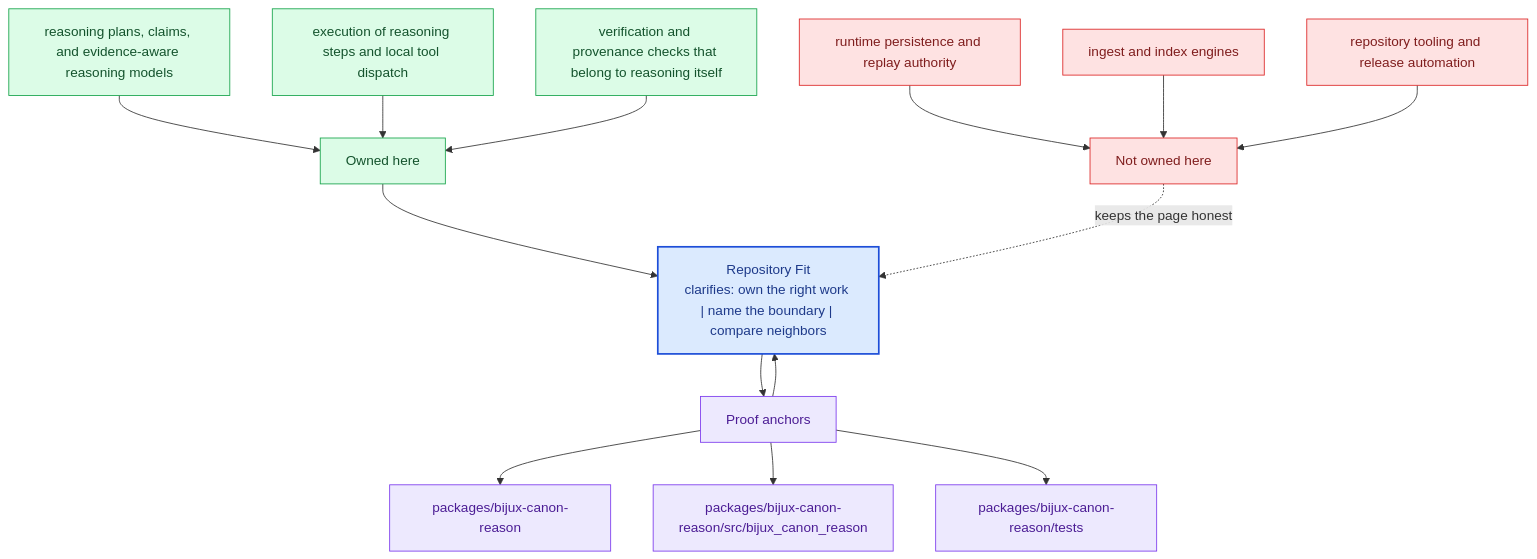
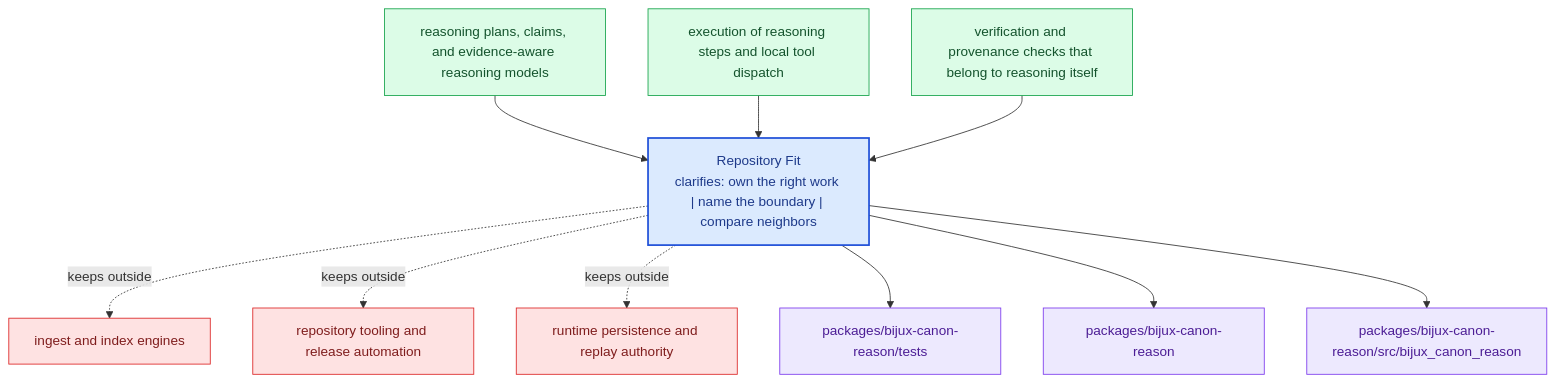
Before and after one commit to bijux/bijux-canon: the diagram in docs/bijux-canon-reason/foundation/repository-fit.md, drawn with Mermaid. The commit also changed other lines of this file and 281 other files, not shown here.

Commit message:
docs(diagrams): replace repeated mermaid scaffolds with page-specific summaries

````diff
--- a/docs/bijux-canon-reason/foundation/repository-fit.md
+++ b/docs/bijux-canon-reason/foundation/repository-fit.md
@@ -69,40 +24,31 @@
 ```mermaid
 flowchart TB
-    promise["Repository Fit<br/>clarifies: own the right work | name the boundary | compare neighbors"]
-    classDef promise fill:#dbeafe,stroke:#1d4ed8,color:#1e3a8a,stroke-width:2px;
-    classDef driver fill:#dcfce7,stroke:#16a34a,color:#14532d;
-    classDef constraint fill:#fee2e2,stroke:#dc2626,color:#7f1d1d;
-    classDef ground fill:#ede9fe,stroke:#7c3aed,color:#4c1d95;
-    focus1["Owned here"]
-    focus1 --> promise
-    focus1_1["reasoning plans, claims, and evidence-aware reasoning models"]
-    focus1_1 --> focus1
-    focus1_2["execution of reasoning steps and local tool dispatch"]
-    focus1_2 --> focus1
-    focus1_3["verification and provenance checks that belong to reasoning itself"]
-    focus1_3 --> focus1
-    class focus1 driver;
-    class focus1_1,focus1_2,focus1_3 driver;
-    focus2["Not owned here"]
-    focus2 -.keeps the page honest.-> promise
-    focus2_1["runtime persistence and replay authority"]
-    focus2_1 --> focus2
-    focus2_2["ingest and index engines"]
-    focus2_2 --> focus2
-    focus2_3["repository tooling and release automation"]
-    focus2_3 --> focus2
-    class focus2 constraint;
-    class focus2_1,focus2_2,focus2_3 constraint;
-    focus3["Proof anchors"]
-    focus3 --> promise
-    promise --> focus3
-    focus3_1["packages/bijux-canon-reason"]
-    focus3 --> focus3_1
-    focus3_2["packages/bijux-canon-reason/src/bijux_canon_reason"]
-    focus3 --> focus3_2
-    focus3_3["packages/bijux-canon-reason/tests"]
-    focus3 --> focus3_3
-    class focus3 ground;
-    class focus3_1,focus3_2,focus3_3 ground;
-    class promise promise;
+    page["Repository Fit<br/>clarifies: own the right work | name the boundary | compare neighbors"]
+    classDef page fill:#dbeafe,stroke:#1d4ed8,color:#1e3a8a,stroke-width:2px;
+    classDef positive fill:#dcfce7,stroke:#16a34a,color:#14532d;
+    classDef caution fill:#fee2e2,stroke:#dc2626,color:#7f1d1d;
+    classDef anchor fill:#ede9fe,stroke:#7c3aed,color:#4c1d95;
+    classDef action fill:#fef3c7,stroke:#d97706,color:#7c2d12;
+    own1["reasoning plans, claims, and evidence-aware reasoning models"]
+    own1 --> page
+    own2["execution of reasoning steps and local tool dispatch"]
+    own2 --> page
+    own3["verification and provenance checks that belong to reasoning itself"]
+    own3 --> page
+    limit1["ingest and index engines"]
+    page -.keeps outside.-> limit1
+    limit2["repository tooling and release automation"]
+    page -.keeps outside.-> limit2
+    limit3["runtime persistence and replay authority"]
+    page -.keeps outside.-> limit3
+    anchor1["packages/bijux-canon-reason/tests"]
+    page --> anchor1
+    anchor2["packages/bijux-canon-reason"]
+    page --> anchor2
+    anchor3["packages/bijux-canon-reason/src/bijux_canon_reason"]
+    page --> anchor3
+    class page page;
+    class own1,own2,own3 positive;
+    class limit1,limit2,limit3 caution;
+    class anchor1,anchor2,anchor3 anchor;
 ```
````
